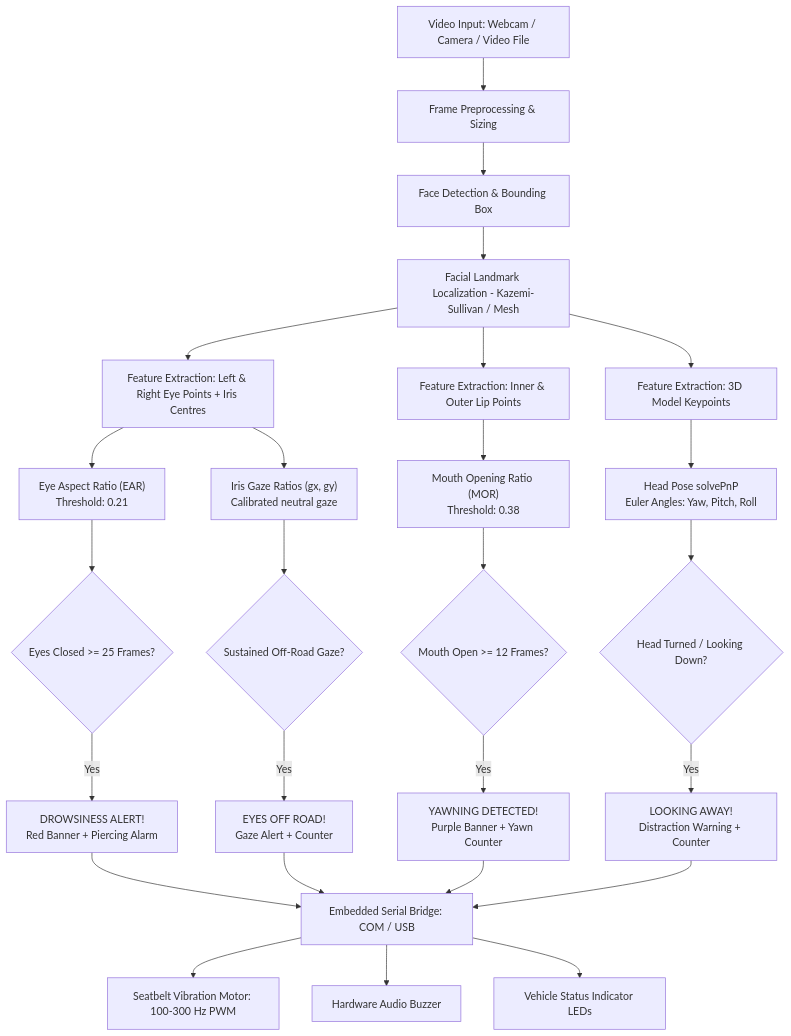
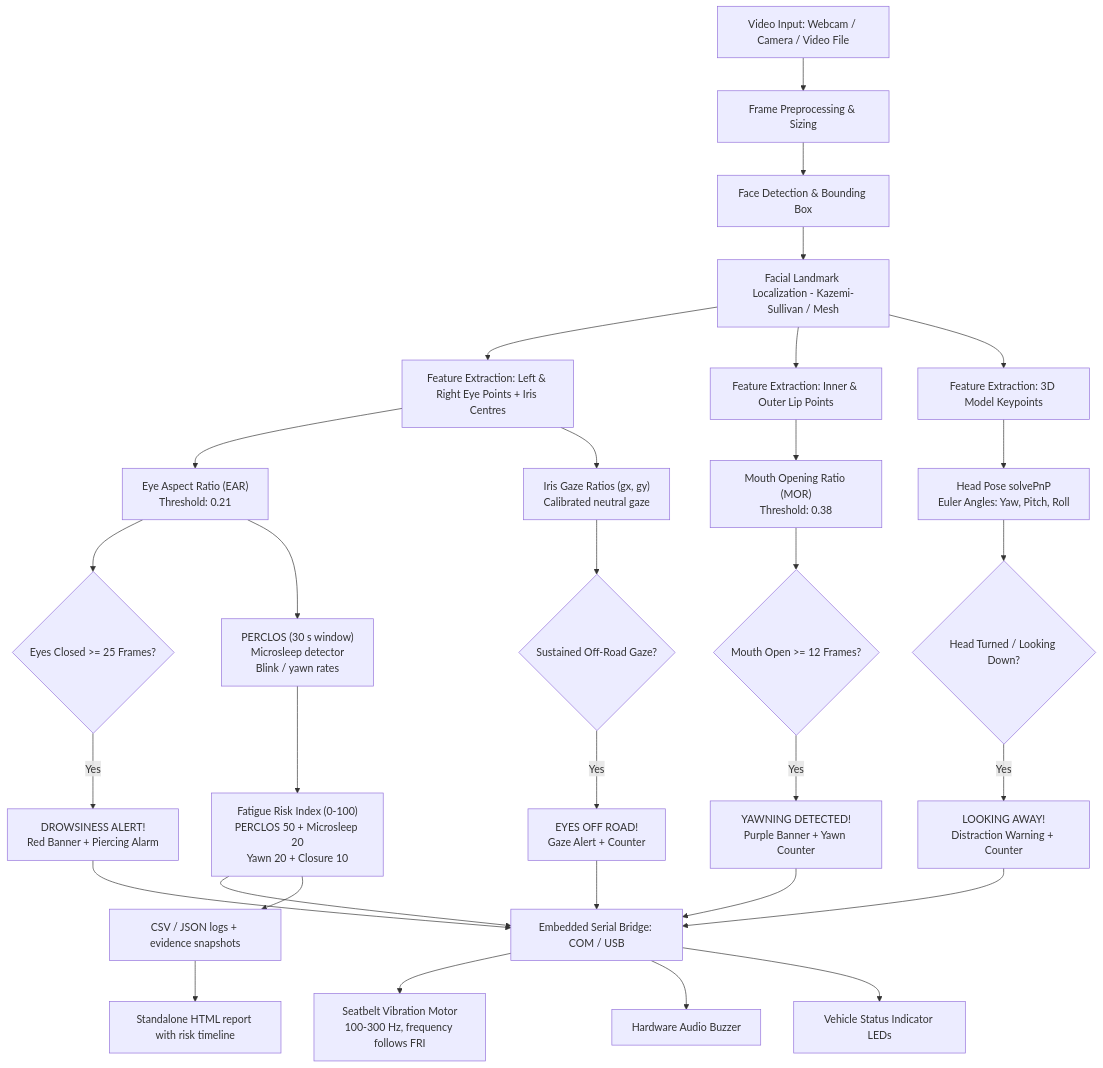
The diagram in README.md (sanjeithaks/distracted-driving-through-eye-tracking-and-fatigue-monitoring-), drawn with Mermaid before and after one commit. The commit also changed other lines of this file and 38 other files, not shown here.

Commit message:
Add PERCLOS microsleep Fatigue Risk Index, evidence snapshots, risk-driven haptics, OpenCV-DNN fallback and enriched reports

````diff
--- a/README.md
+++ b/README.md
@@ -40,35 +42,41 @@
 ```mermaid
 flowchart TD
     A[Video Input: Webcam / Camera / Video File] --> B[Frame Preprocessing & Sizing]
     B --> C[Face Detection & Bounding Box]
     C --> D[Facial Landmark Localization - Kazemi-Sullivan / Mesh]
     D --> E1[Feature Extraction: Left & Right Eye Points + Iris Centres]
     D --> E2[Feature Extraction: Inner & Outer Lip Points]
     D --> E3[Feature Extraction: 3D Model Keypoints]
     
     E1 --> F1["Eye Aspect Ratio (EAR)<br/>Threshold: 0.21"]
     E1 --> F4["Iris Gaze Ratios (gx, gy)<br/>Calibrated neutral gaze"]
     E2 --> F2["Mouth Opening Ratio (MOR)<br/>Threshold: 0.38"]
     E3 --> F3["Head Pose solvePnP<br/>Euler Angles: Yaw, Pitch, Roll"]
     
     F1 --> G1{Eyes Closed >= 25 Frames?}
     G1 -- Yes --> H1["DROWSINESS ALERT!<br/>Red Banner + Piercing Alarm"]
 
     F4 --> G4{Sustained Off-Road Gaze?}
     G4 -- Yes --> H4["EYES OFF ROAD!<br/>Gaze Alert + Counter"]
     
     F2 --> G2{Mouth Open >= 12 Frames?}
     G2 -- Yes --> H2["YAWNING DETECTED!<br/>Purple Banner + Yawn Counter"]
     
     F3 --> G3{Head Turned / Looking Down?}
     G3 -- Yes --> H3["LOOKING AWAY!<br/>Distraction Warning + Counter"]
+
+    F1 --> K["PERCLOS (30 s window)<br/>Microsleep detector<br/>Blink / yawn rates"]
+    K --> L["Fatigue Risk Index (0-100)<br/>PERCLOS 50 + Microsleep 20<br/>Yawn 20 + Closure 10"]
     
     H1 --> I[Embedded Serial Bridge: COM / USB]
     H2 --> I
     H3 --> I
     H4 --> I
+    L --> I
     
-    I --> J1[Seatbelt Vibration Motor: 100-300 Hz PWM]
+    I --> J1["Seatbelt Vibration Motor<br/>100-300 Hz, frequency follows FRI"]
     I --> J2[Hardware Audio Buzzer]
     I --> J3[Vehicle Status Indicator LEDs]
+    L --> M[CSV / JSON logs + evidence snapshots]
+    M --> N[Standalone HTML report with risk timeline]
 ```
````
